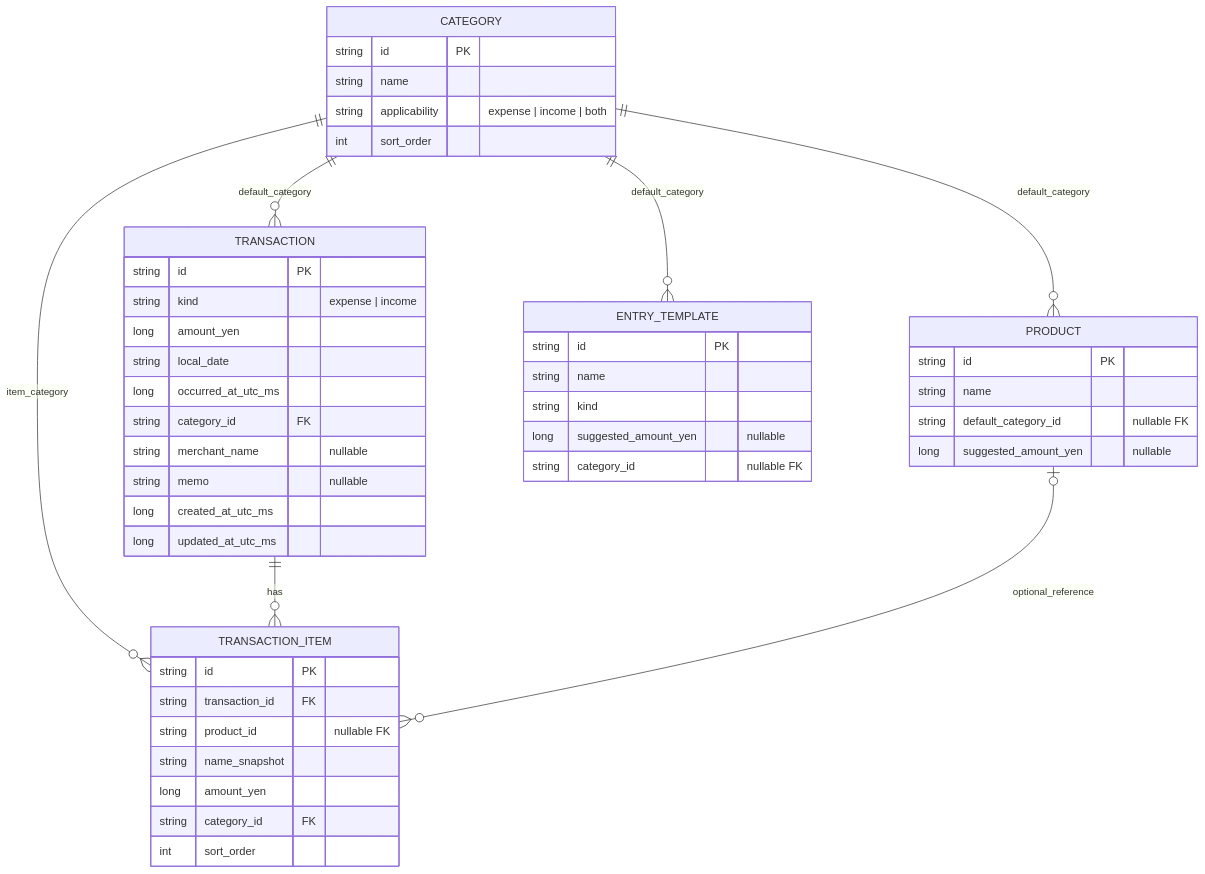
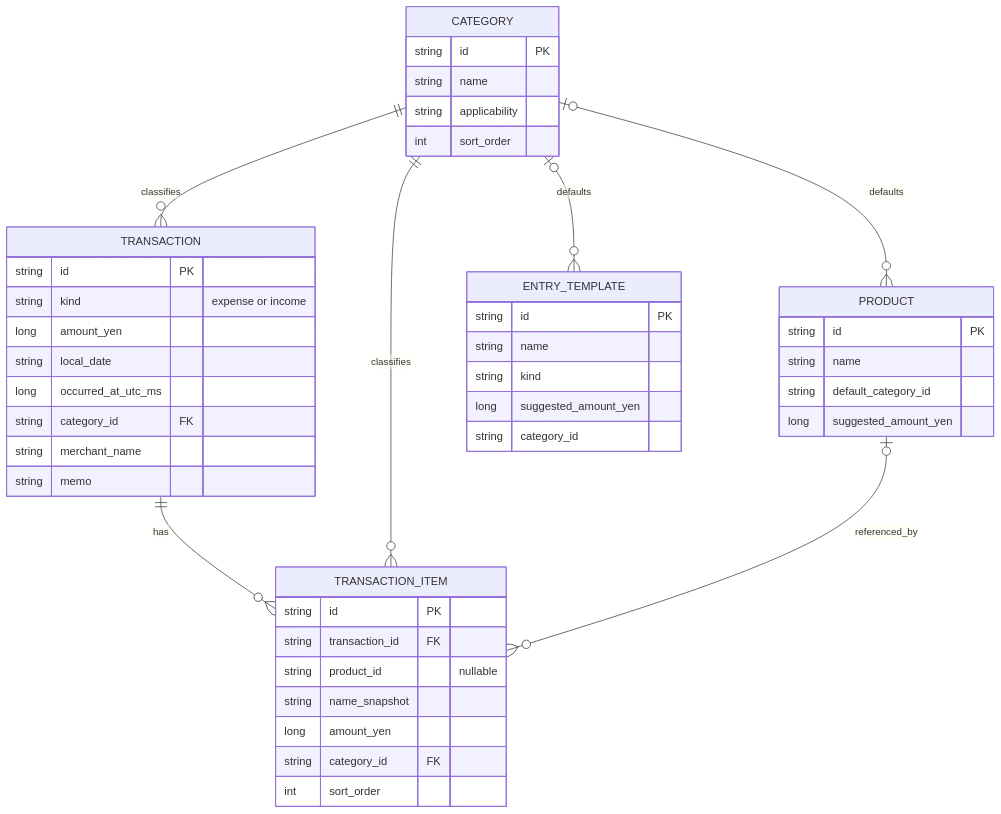
One commit to Hokutaka/meshi changed the diagram in docs/ARCHITECTURE.md. Above: the diagram before and after it, drawn with Mermaid. The commit also changed other lines of this file, not shown here.

Commit message:
docs: make docs/ARCHITECTURE.md implementation-focused

````diff
--- a/docs/ARCHITECTURE.md
+++ b/docs/ARCHITECTURE.md
@@ -53,50 +32,48 @@
 ```mermaid
 erDiagram
-  CATEGORY ||--o{ TRANSACTION : default_category
-  CATEGORY ||--o{ TRANSACTION_ITEM : item_category
-  CATEGORY ||--o{ PRODUCT : default_category
-  CATEGORY ||--o{ ENTRY_TEMPLATE : default_category
+  CATEGORY ||--o{ TRANSACTION : classifies
   TRANSACTION ||--o{ TRANSACTION_ITEM : has
-  PRODUCT o|--o{ TRANSACTION_ITEM : optional_reference
+  CATEGORY ||--o{ TRANSACTION_ITEM : classifies
+  PRODUCT o|--o{ TRANSACTION_ITEM : referenced_by
+  CATEGORY o|--o{ PRODUCT : defaults
+  CATEGORY o|--o{ ENTRY_TEMPLATE : defaults
 
   TRANSACTION {
     string id PK
-    string kind "expense | income"
+    string kind "expense or income"
     long amount_yen
     string local_date
     long occurred_at_utc_ms
     string category_id FK
-    string merchant_name "nullable"
-    string memo "nullable"
-    long created_at_utc_ms
-    long updated_at_utc_ms
+    string merchant_name
+    string memo
   }
   TRANSACTION_ITEM {
     string id PK
     string transaction_id FK
-    string product_id "nullable FK"
+    string product_id "nullable"
     string name_snapshot
     long amount_yen
     string category_id FK
     int sort_order
   }
   PRODUCT {
     string id PK
     string name
-    string default_category_id "nullable FK"
-    long suggested_amount_yen "nullable"
+    string default_category_id
+    long suggested_amount_yen
   }
   CATEGORY {
     string id PK
     string name
-    string applicability "expense | income | both"
+    string applicability
     int sort_order
   }
   ENTRY_TEMPLATE {
     string id PK
     string name
     string kind
-    long suggested_amount_yen "nullable"
-    string category_id "nullable FK"
+    long suggested_amount_yen
+    string category_id
   }
 ```
````
